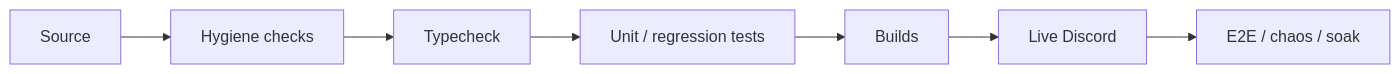
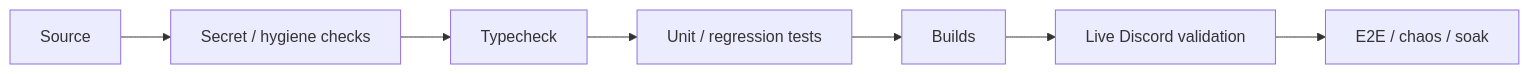
The third of 4 diagrams in README.md (Agro4221/Discord-Server-Platform), drawn with Mermaid before and after one commit. The commit also changed other lines of this file, not shown here.

Commit message:
docs: redesign Discord Platform README

```diff
--- a/README.md
+++ b/README.md
@@ -104,9 +175,9 @@
 ~~~mermaid
 flowchart LR
-    SRC["Source"] --> H["Hygiene checks"]
-    H --> T["Typecheck"]
-    T --> UT["Unit / regression tests"]
-    UT --> B["Builds"]
-    B --> LIVE["Live Discord"]
-    LIVE --> CHAOS["E2E / chaos / soak"]
+    SRC["Source"] --> H["Secret / hygiene checks"]
+    H --> TYPE["Typecheck"]
+    TYPE --> TEST["Unit / regression tests"]
+    TEST --> BUILD["Builds"]
+    BUILD --> LIVE["Live Discord validation"]
+    LIVE --> SOAK["E2E / chaos / soak"]
 ~~~
```
